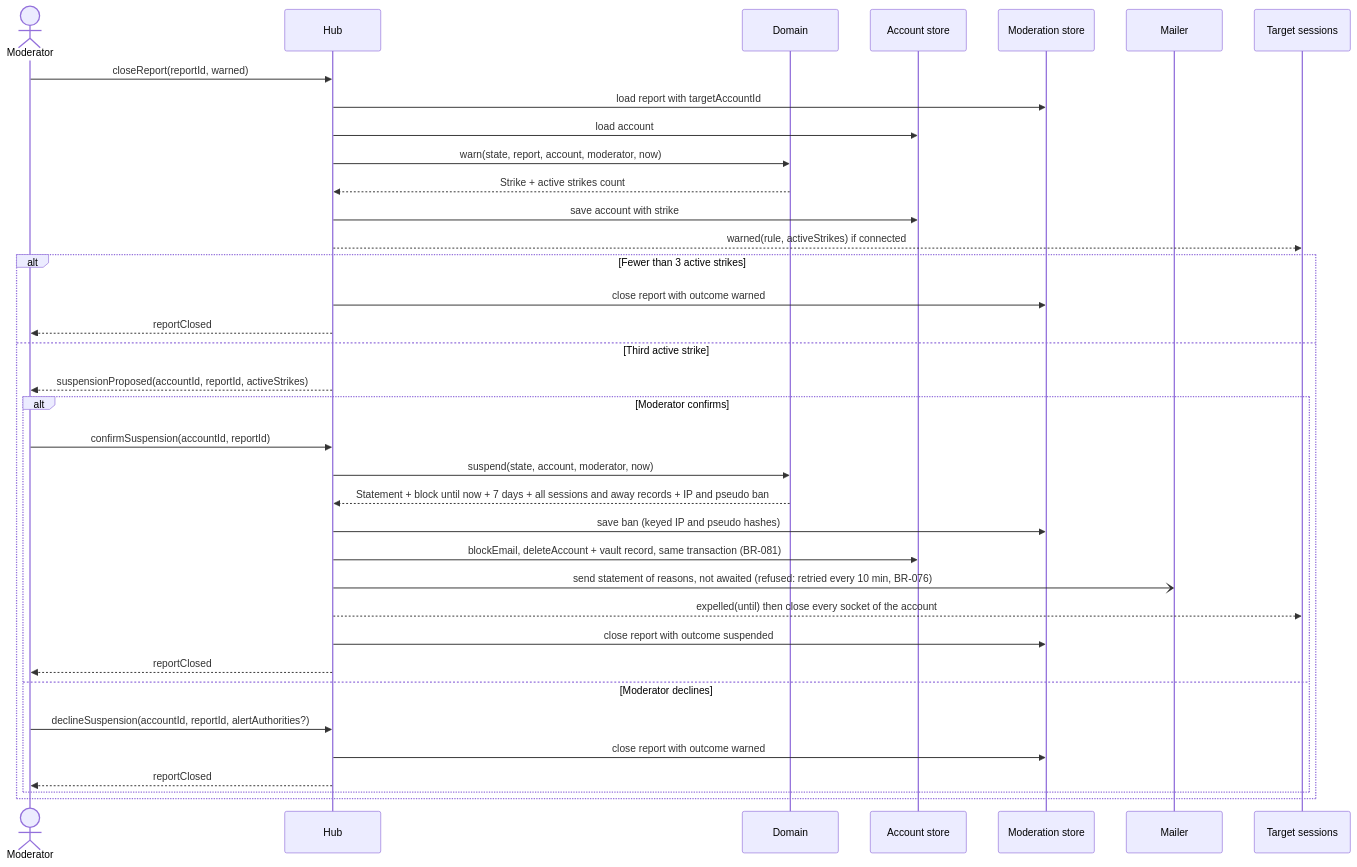
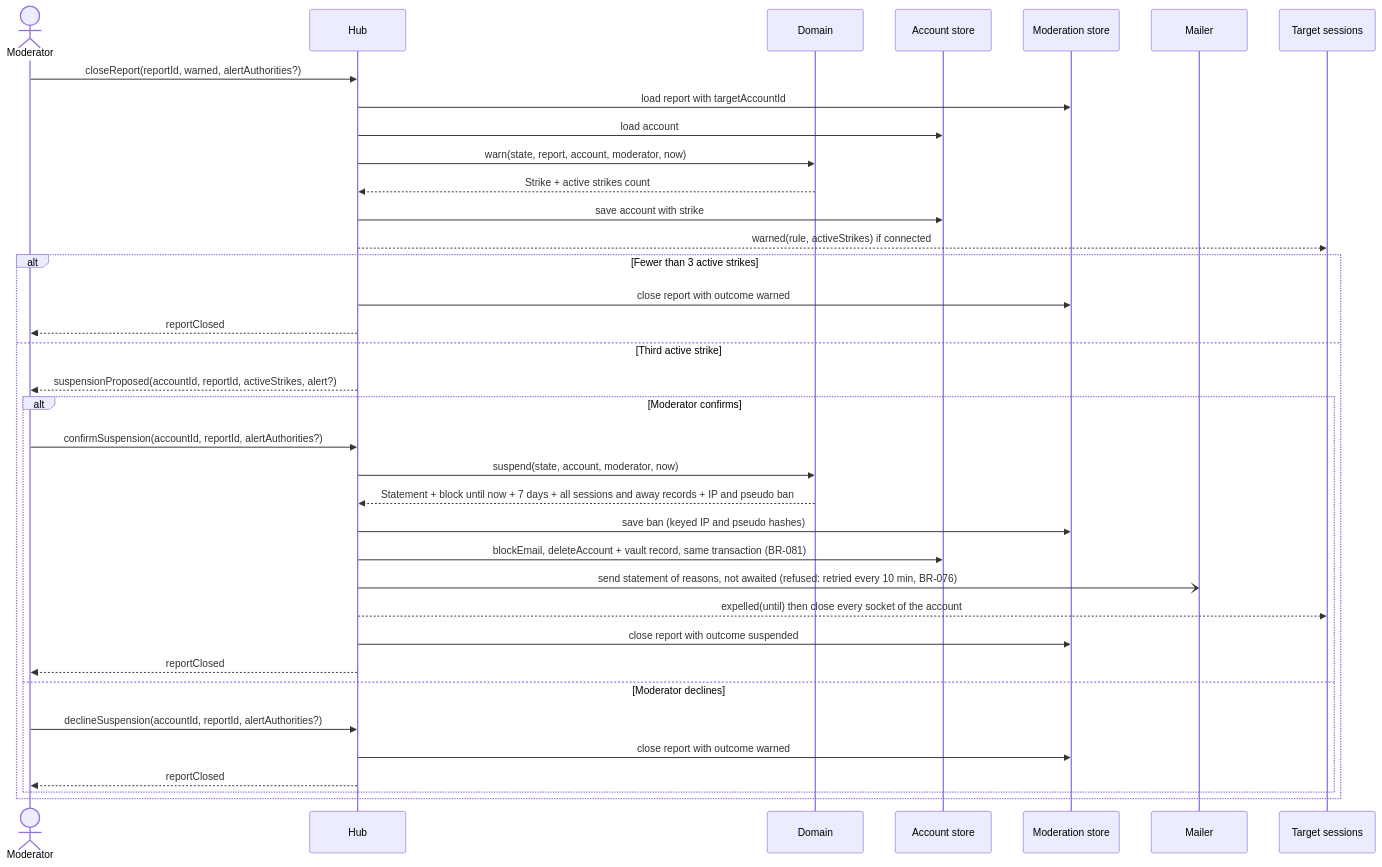
One commit to benoit-bremaud/asv changed the diagram in docs/architecture/diagrams/moderation/02d-sequence-warn-and-suspend.md. Above: the diagram before and after it, drawn with Mermaid. The commit also changed 1 other file, not shown here.

Commit message:
fix(moderation): align 02d with the alert fields and reset the proposal per report

````diff
--- a/docs/architecture/diagrams/moderation/02d-sequence-warn-and-suspend.md
+++ b/docs/architecture/diagrams/moderation/02d-sequence-warn-and-suspend.md
@@ -15,38 +15,38 @@
 ```mermaid
 sequenceDiagram
   actor M as Moderator
   participant H as Hub
   participant D as Domain
   participant AS as Account store
   participant ST as Moderation store
   participant ML as Mailer
   participant T as Target sessions
-  M->>H: closeReport(reportId, warned)
+  M->>H: closeReport(reportId, warned, alertAuthorities?)
   H->>ST: load report with targetAccountId
   H->>AS: load account
   H->>D: warn(state, report, account, moderator, now)
   D-->>H: Strike + active strikes count
   H->>AS: save account with strike
   H-->>T: warned(rule, activeStrikes) if connected
   alt Fewer than 3 active strikes
     H->>ST: close report with outcome warned
     H-->>M: reportClosed
   else Third active strike
-    H-->>M: suspensionProposed(accountId, reportId, activeStrikes)
+    H-->>M: suspensionProposed(accountId, reportId, activeStrikes, alert?)
     alt Moderator confirms
-      M->>H: confirmSuspension(accountId, reportId)
+      M->>H: confirmSuspension(accountId, reportId, alertAuthorities?)
       H->>D: suspend(state, account, moderator, now)
       D-->>H: Statement + block until now + 7 days + all sessions and away records + IP and pseudo ban
       H->>ST: save ban (keyed IP and pseudo hashes)
       H->>AS: blockEmail, deleteAccount + vault record, same transaction (BR-081)
       H-)ML: send statement of reasons, not awaited (refused: retried every 10 min, BR-076)
       H-->>T: expelled(until) then close every socket of the account
       H->>ST: close report with outcome suspended
       H-->>M: reportClosed
     else Moderator declines
       M->>H: declineSuspension(accountId, reportId, alertAuthorities?)
       H->>ST: close report with outcome warned
       H-->>M: reportClosed
     end
   end
 ```
````
